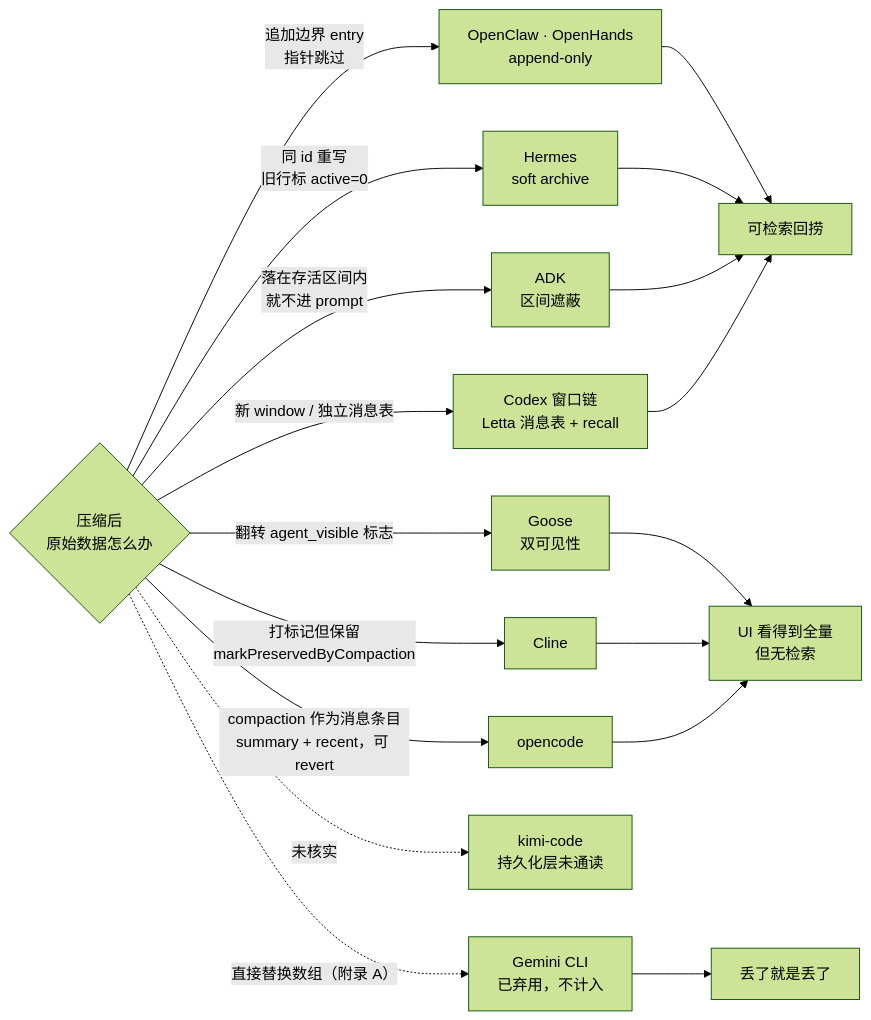
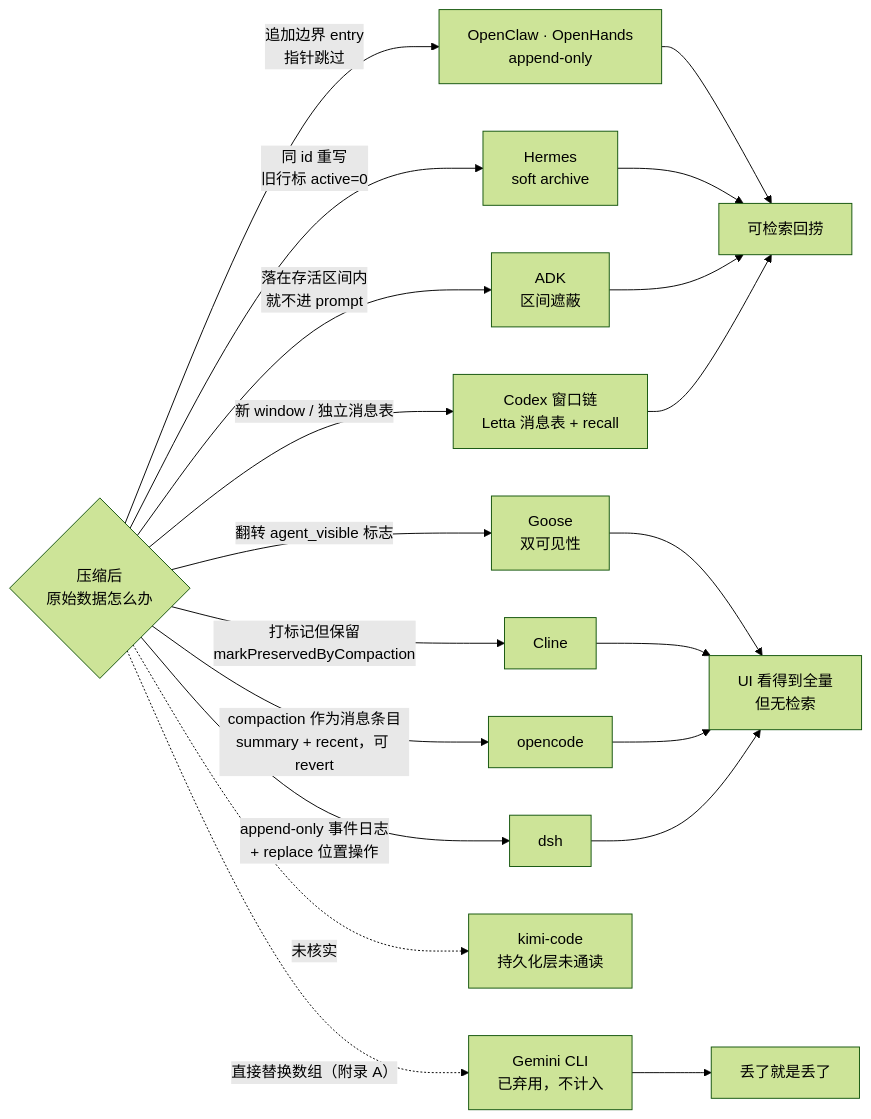
Diagram 18 of 19 in agent-context-compression/Agent_Context_Compression_Research.md (caiboyang/ML-learning), drawn with Mermaid (forest theme) before and after one commit. The commit also changed other lines of this file and 2 other files, not shown here.

````diff
--- a/agent-context-compression/Agent_Context_Compression_Research.md
+++ b/agent-context-compression/Agent_Context_Compression_Research.md
@@ -2717,21 +3098,23 @@
 ```mermaid
 flowchart LR
     Q{"压缩后<br/>原始数据怎么办"}
     Q -->|"追加边界 entry<br/>指针跳过"| A["OpenClaw · OpenHands<br/>append-only"]
+    Q -->|"append-only 事件日志<br/>+ replace 位置操作"| I["dsh"]
     Q -->|"同 id 重写<br/>旧行标 active=0"| B["Hermes<br/>soft archive"]
     Q -->|"翻转 agent_visible 标志"| C["Goose<br/>双可见性"]
     Q -->|"落在存活区间内<br/>就不进 prompt"| D["ADK<br/>区间遮蔽"]
     Q -->|"打标记但保留<br/>markPreservedByCompaction"| F["Cline"]
     Q -->|"新 window / 独立消息表"| G["Codex 窗口链<br/>Letta 消息表 + recall"]
     Q -->|"compaction 作为消息条目<br/>summary + recent，可 revert"| H["opencode"]
     Q -.->|"未核实"| K["kimi-code<br/>持久化层未通读"]
     Q -.->|"直接替换数组（附录 A）"| E["Gemini CLI<br/>已弃用，不计入"]
     A --> R["可检索回捞"]
     B --> R
     D --> R
     G --> R
     C --> U["UI 看得到全量<br/>但无检索"]
     F --> U
     H --> U
+    I --> U
     E --> N["丢了就是丢了"]
 ```
````
